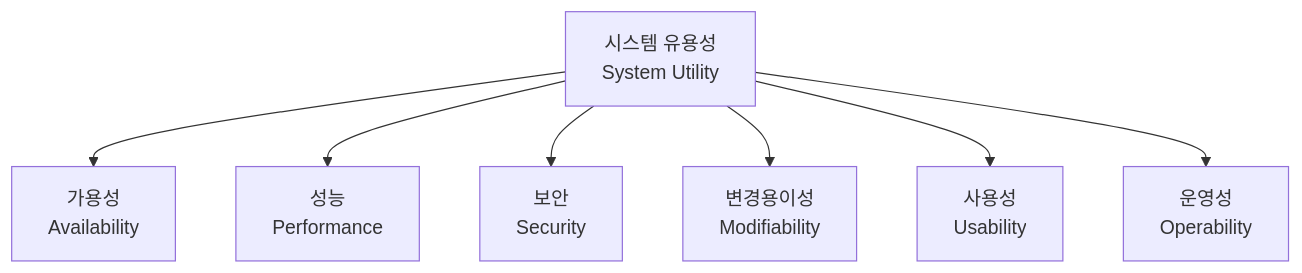
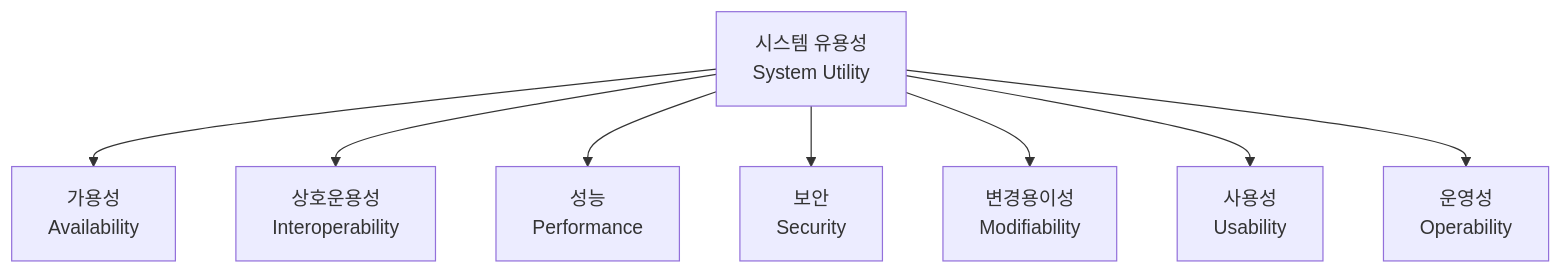
One commit to sknkwoxs/manual-book changed the first of 2 diagrams in src/content/docs/goodthinking-isp/04-design/utility-tree.md. Above: the diagram before and after it, drawn with Mermaid. The commit also changed other lines of this file and 6 other files, not shown here.

````diff
--- a/src/content/docs/goodthinking-isp/04-design/utility-tree.md
+++ b/src/content/docs/goodthinking-isp/04-design/utility-tree.md
@@ -14,17 +14,19 @@
 ```mermaid
 graph TD
     Root["시스템 유용성<br/>System Utility"]
     A["가용성<br/>Availability"]
-    B["성능<br/>Performance"]
-    C["보안<br/>Security"]
-    D["변경용이성<br/>Modifiability"]
-    E["사용성<br/>Usability"]
-    F["운영성<br/>Operability"]
+    B["상호운용성<br/>Interoperability"]
+    C["성능<br/>Performance"]
+    D["보안<br/>Security"]
+    E["변경용이성<br/>Modifiability"]
+    F["사용성<br/>Usability"]
+    G["운영성<br/>Operability"]
 
     Root --> A
     Root --> B
     Root --> C
     Root --> D
     Root --> E
     Root --> F
+    Root --> G
 ```
````
